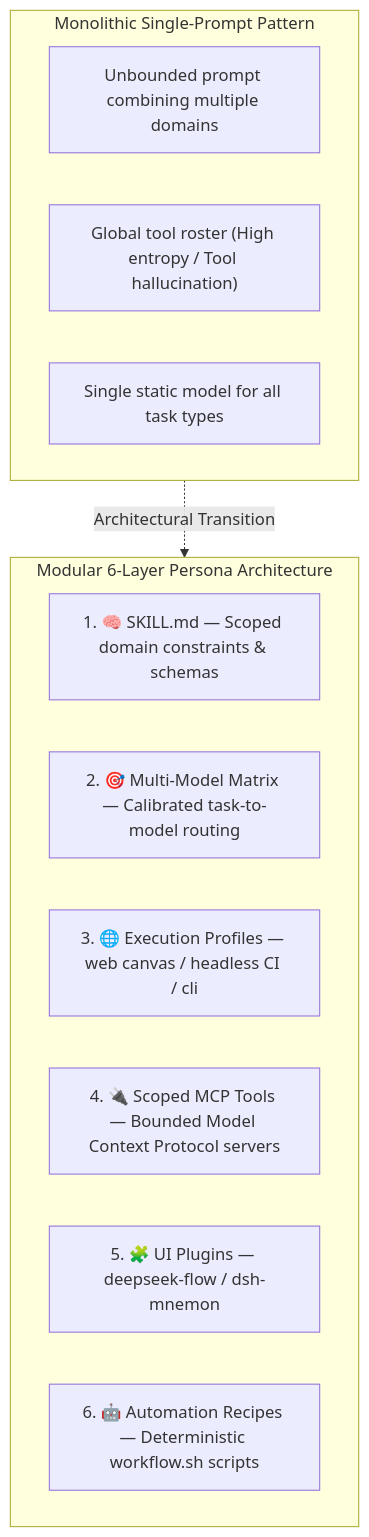
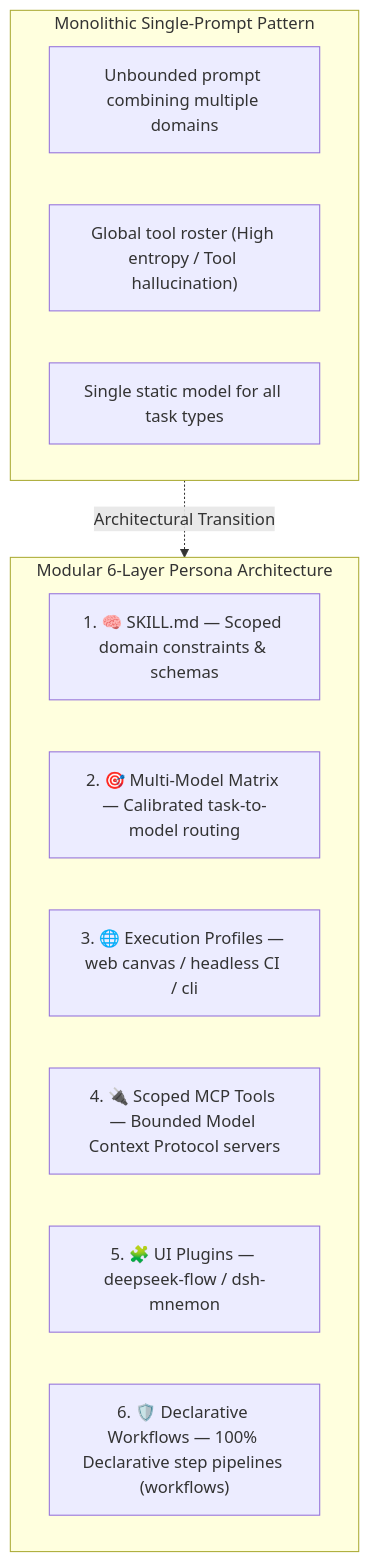
Before and after one commit to hdjebar/DSH-DDS: the first of 2 diagrams in docs/research-notes-ai-personas.md, drawn with Mermaid. The commit also changed other lines of this file and 8 other files, not shown here.

````diff
--- a/docs/research-notes-ai-personas.md
+++ b/docs/research-notes-ai-personas.md
@@ -30,19 +30,19 @@
 ```mermaid
 flowchart TD
     subgraph Monolithic_Pattern ["Monolithic Single-Prompt Pattern"]
         M1["Unbounded prompt combining multiple domains"]
         M2["Global tool roster (High entropy / Tool hallucination)"]
         M3["Single static model for all task types"]
     end
 
     subgraph Persona_Pattern ["Modular 6-Layer Persona Architecture"]
         P1["1. 🧠 SKILL.md — Scoped domain constraints & schemas"]
         P2["2. 🎯 Multi-Model Matrix — Calibrated task-to-model routing"]
         P3["3. 🌐 Execution Profiles — web canvas / headless CI / cli"]
         P4["4. 🔌 Scoped MCP Tools — Bounded Model Context Protocol servers"]
         P5["5. 🧩 UI Plugins — deepseek-flow / dsh-mnemon"]
-        P6["6. 🤖 Automation Recipes — Deterministic workflow.sh scripts"]
+        P6["6. 🛡️ Declarative Workflows — 100% Declarative step pipelines (workflows)"]
     end
 
     Monolithic_Pattern -.->|Architectural Transition| Persona_Pattern
 ```
````
